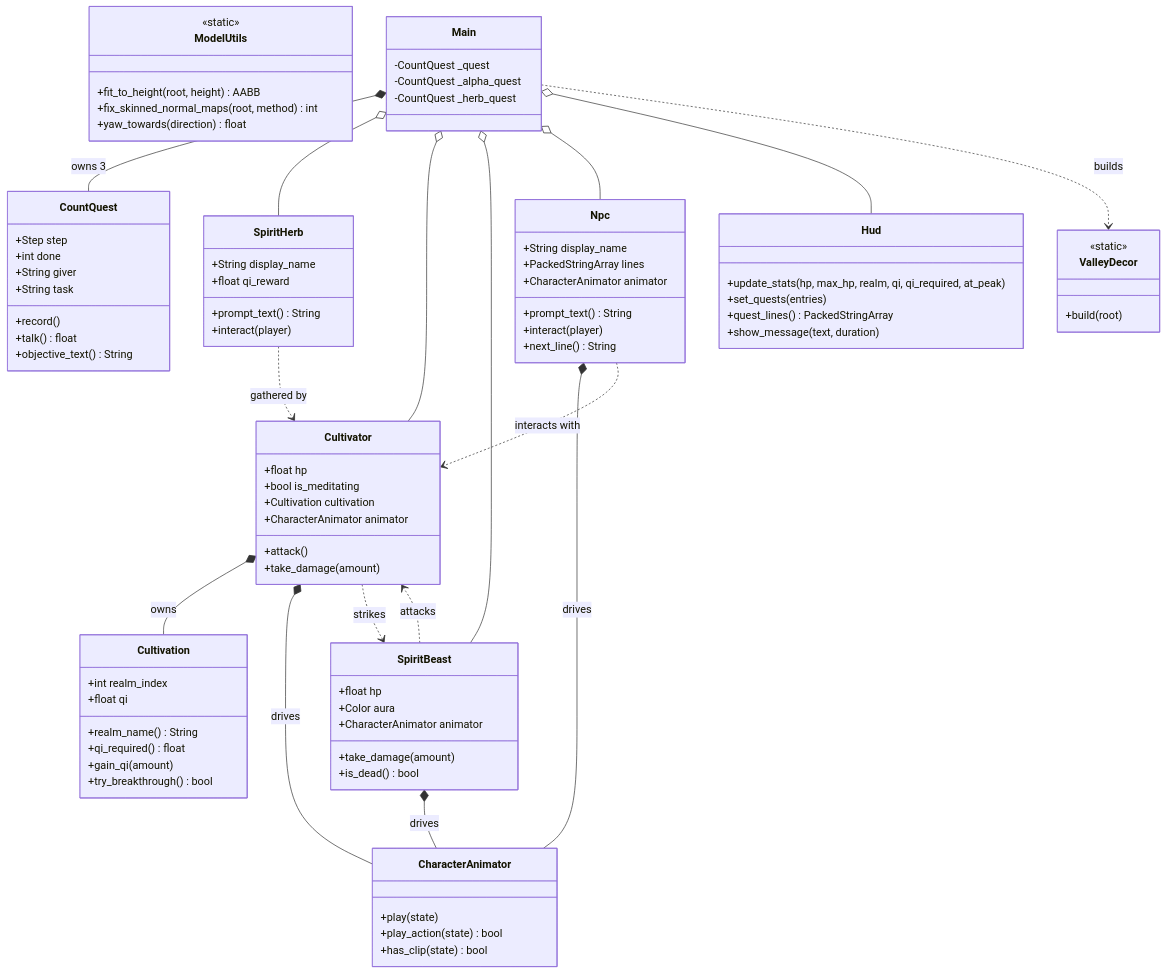
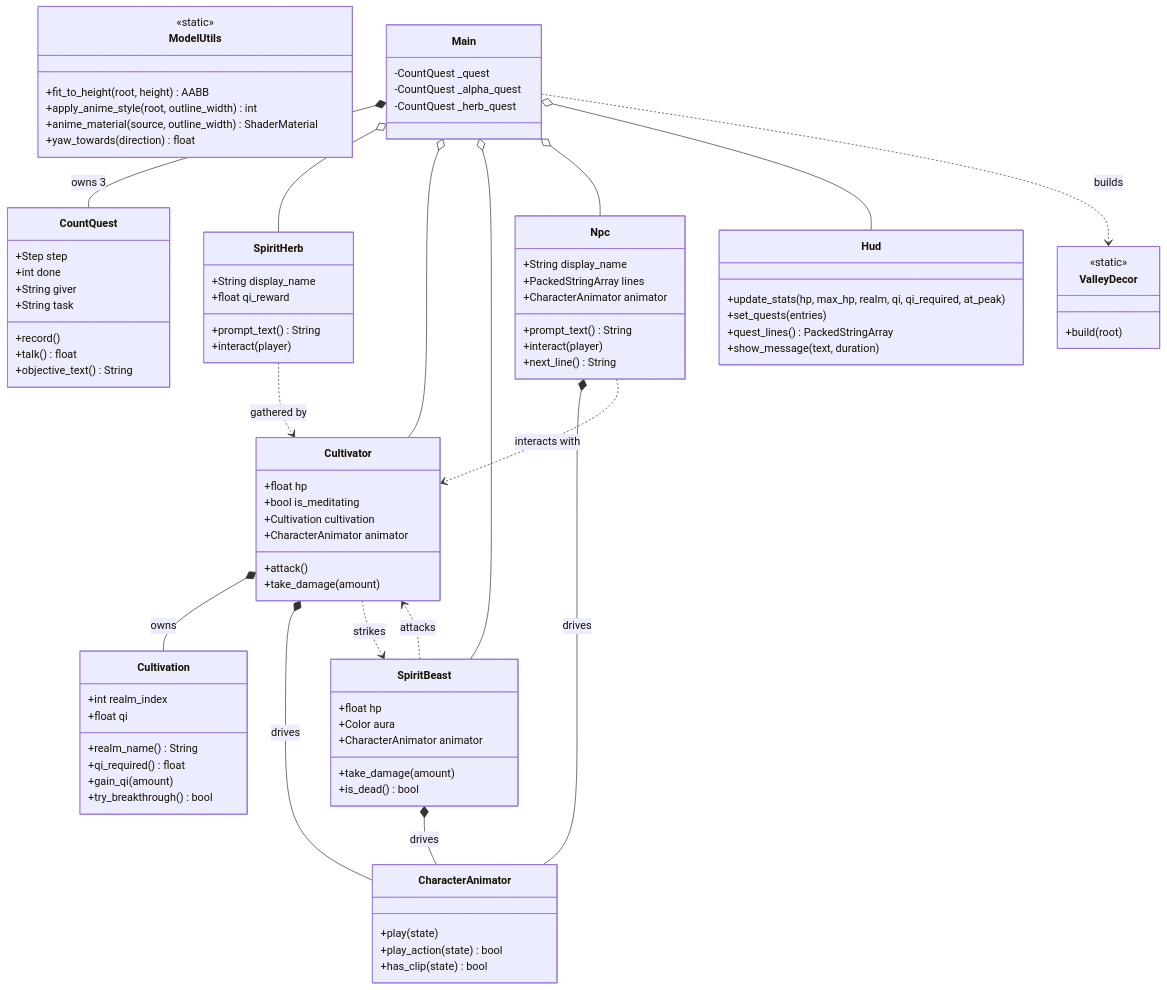
Before and after one commit to jgyy/trixian: the third of 15 diagrams in docs/architecture.md, drawn with Mermaid. The commit also changed other lines of this file and 36 other files, not shown here.

```diff
--- a/docs/architecture.md
+++ b/docs/architecture.md
@@ -133,7 +137,8 @@
     class ModelUtils {
         <<static>>
         +fit_to_height(root, height) AABB
-        +fix_skinned_normal_maps(root, method) int
+        +apply_anime_style(root, outline_width) int
+        +anime_material(source, outline_width) ShaderMaterial
         +yaw_towards(direction) float
     }
     class ValleyDecor {
```
